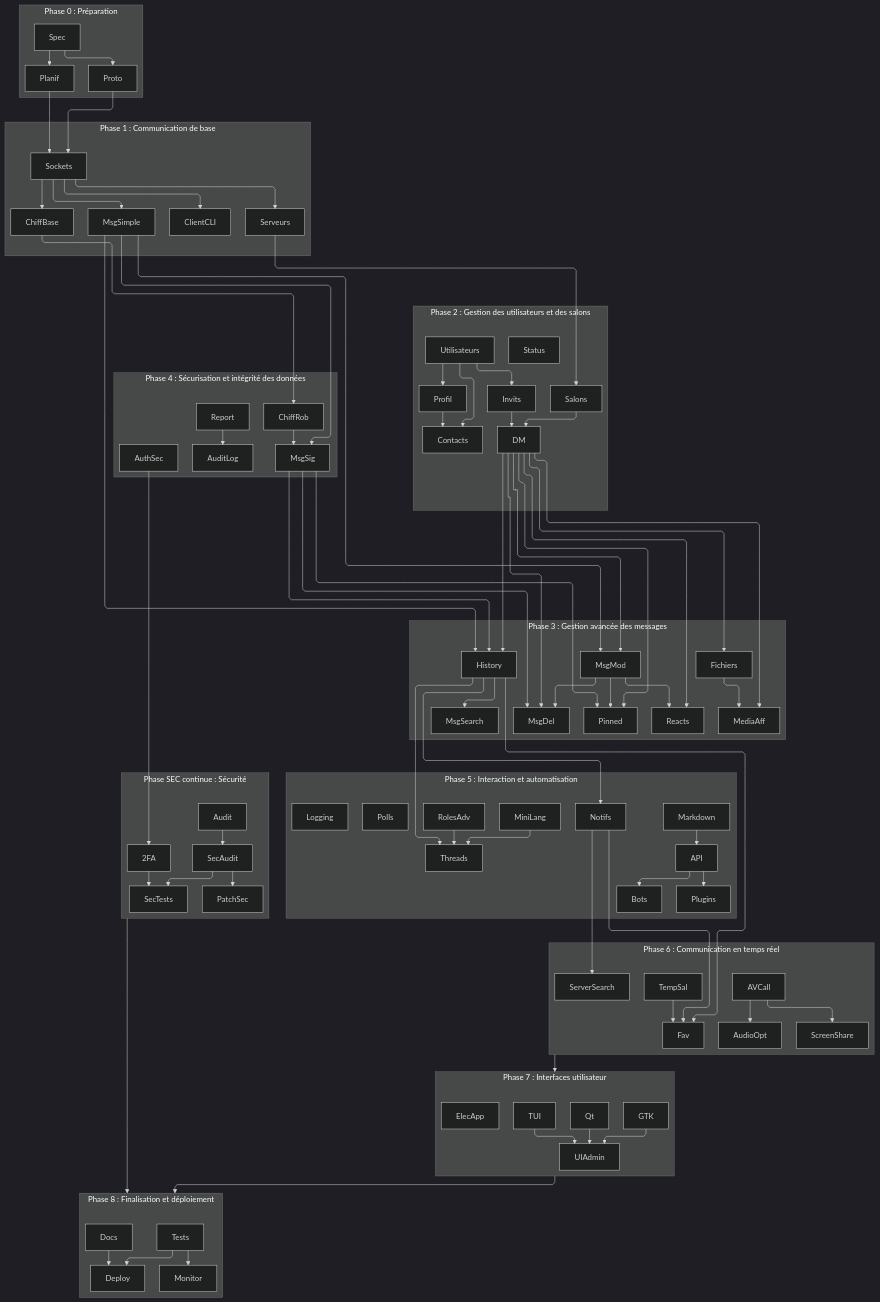
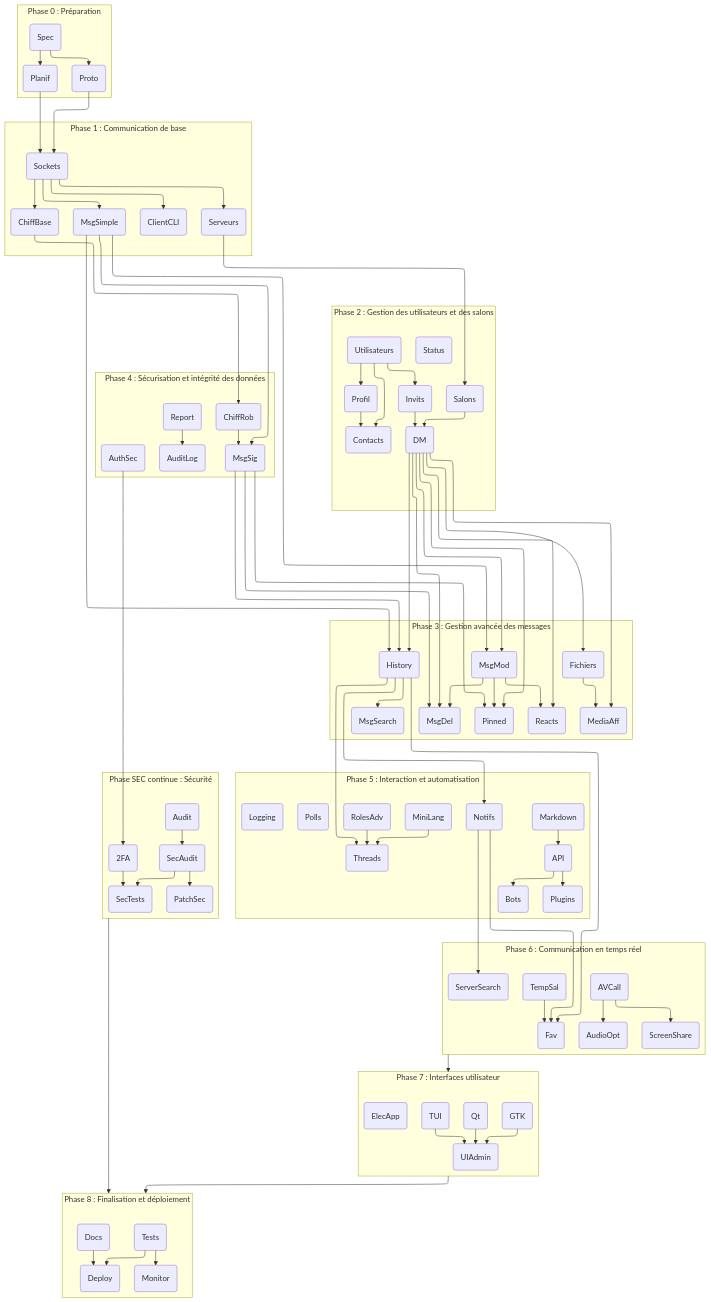
The diagram in PLAN.md (Skylord65/Diskorde-messagerie), drawn with Mermaid before and after one commit.

Commit message:
fix(PLAN.md) : disposition ELK du graphe de dépendances

````diff
--- a/PLAN.md
+++ b/PLAN.md
@@ -94,92 +94,91 @@
 ```mermaid
-%%{init: {'theme':'dark','flowchart': { 'curve': 'bumpX', "defaultRenderer": "elk"}}}%%
-graph TB
+flowchart-elk TD
 subgraph P0["Phase 0 : Préparation"]
-  T0_0[Spec]
-  T0_1[Proto]
-  T0_2[Planif]
+  T0_0(Spec)
+  T0_1(Proto)
+  T0_2(Planif)
 end
 
 subgraph P1["Phase 1 : Communication de base"]
-  T1_0[Sockets]
-  T1_1[ChiffBase]
-  T1_2[ClientCLI]
-  T1_3[MsgSimple]
-  T1_4[Serveurs]
+  T1_0(Sockets)
+  T1_1(ChiffBase)
+  T1_2(ClientCLI)
+  T1_3(MsgSimple)
+  T1_4(Serveurs)
 end
 
 subgraph P2["Phase 2 : Gestion des utilisateurs et des salons"]
-  T2_0[Utilisateurs]
-  T2_1[Salons]
-  T2_2[Contacts]
-  T2_3[Status]
-  T2_4[Profil]
-  T2_5[Invits]
-  T2_6[DM]
+  T2_0(Utilisateurs)
+  T2_1(Salons)
+  T2_2(Contacts)
+  T2_3(Status)
+  T2_4(Profil)
+  T2_5(Invits)
+  T2_6(DM)
 end
 
 subgraph P3["Phase 3 : Gestion avancée des messages"]
-  T3_0[MsgMod]
-  T3_1[MsgDel]
-  T3_2[Reacts]
-  T3_3[Pinned]
-  T3_4[Fichiers]
-  T3_5[MediaAff]
-  T3_6[History]
-  T3_7[MsgSearch]
+  T3_0(MsgMod)
+  T3_1(MsgDel)
+  T3_2(Reacts)
+  T3_3(Pinned)
+  T3_4(Fichiers)
+  T3_5(MediaAff)
+  T3_6(History)
+  T3_7(MsgSearch)
 end
 
 subgraph P4["Phase 4 : Sécurisation et intégrité des données"]
-  T4_0[ChiffRob]
-  T4_1[AuthSec]
-  T4_2[MsgSig]
-  T4_3[Report]
-  T4_4[AuditLog]
+  T4_0(ChiffRob)
+  T4_1(AuthSec)
+  T4_2(MsgSig)
+  T4_3(Report)
+  T4_4(AuditLog)
 end
 
 subgraph P5["Phase 5 : Interaction et automatisation"]
-  T5_0[MiniLang]
-  T5_1[Markdown]
-  T5_2[Notifs]
-  T5_3[Logging]
-  T5_4[RolesAdv]
-  T5_5[Threads]
-  T5_6[Polls]
-  T5_7[API]
-  T5_8[Bots]
-  T5_9[Plugins]
+  T5_0(MiniLang)
+  T5_1(Markdown)
+  T5_2(Notifs)
+  T5_3(Logging)
+  T5_4(RolesAdv)
+  T5_5(Threads)
+  T5_6(Polls)
+  T5_7(API)
+  T5_8(Bots)
+  T5_9(Plugins)
 end
 
 subgraph P6["Phase 6 : Communication en temps réel"]
-  T6_0[AVCall]
-  T6_1[ScreenShare]
-  T6_2[AudioOpt]
-  T6_3[TempSal]
-  T6_4[ServerSearch]
-  T6_5[Fav]
+  T6_0(AVCall)
+  T6_1(ScreenShare)
+  T6_2(AudioOpt)
+  T6_3(TempSal)
+  T6_4(ServerSearch)
+  T6_5(Fav)
 end
 
 subgraph P7["Phase 7 : Interfaces utilisateur"]
-  T7_0[GTK]
-  T7_1[Qt]
-  T7_2[TUI]
-  T7_3[UIAdmin]
-  T7_4[ElecApp]
+  T7_0(GTK)
+  T7_1(Qt)
+  T7_2(TUI)
+  T7_3(UIAdmin)
+  T7_4(ElecApp)
 end
 
 subgraph P8["Phase 8 : Finalisation et déploiement"]
-  T8_0[Tests]
-  T8_1[Docs]
-  T8_2[Deploy]
-  T8_3[Monitor]
+  T8_0(Tests)
+  T8_1(Docs)
+  T8_2(Deploy)
+  T8_3(Monitor)
 end
 
 subgraph SEC["Phase SEC continue : Sécurité"]
-  SEC_0[Audit]
-  SEC_1[SecAudit]
-  SEC_2[PatchSec]
-  SEC_3[2FA]
-  SEC_4[SecTests]
+  SEC_0(Audit)
+  SEC_1(SecAudit)
+  SEC_2(PatchSec)
+  SEC_3(2FA)
+  SEC_4(SecTests)
 end
 
 T0_0 --> T0_1
````
